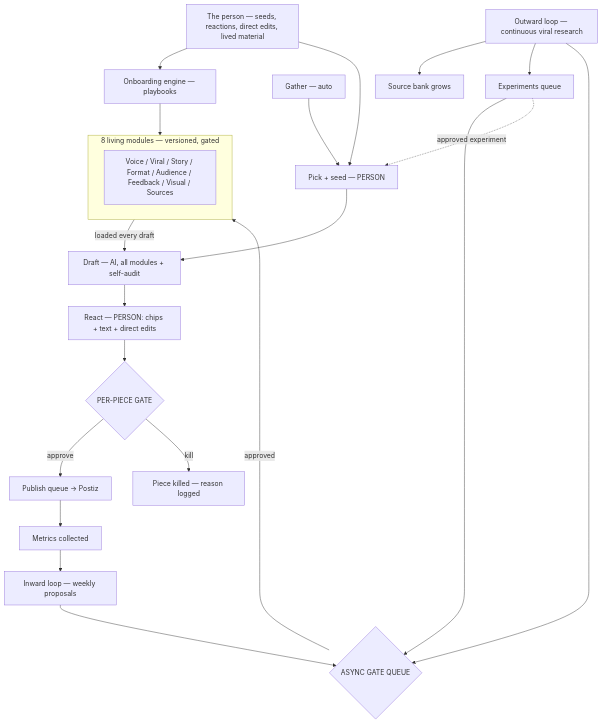
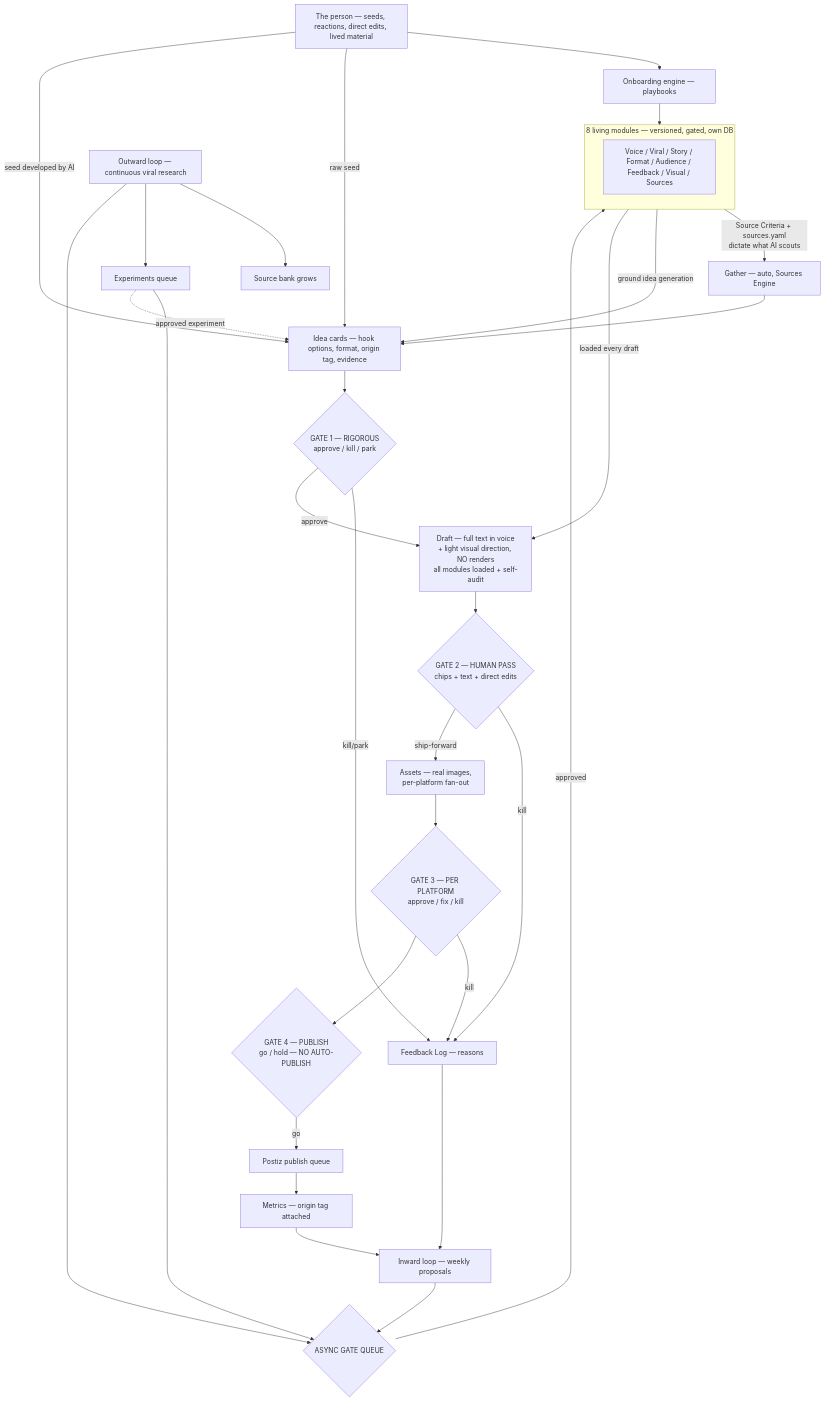
One commit to Daimondan/ViralFactory changed the diagram in docs/diagrams/README.md. Above: the diagram before and after it, drawn with Mermaid. The commit also changed other lines of this file and 13 other files, not shown here.

First line of the commit message:
Inbox batch 2026-07-02: file AMENDMENT-003 + establish inbox protocol + charter v3.2

````diff
--- a/docs/diagrams/README.md
+++ b/docs/diagrams/README.md
@@ -116,30 +144,40 @@
 ```mermaid
 flowchart TB
     HU[The person — seeds, reactions, direct edits, lived material]
     OE[Onboarding engine — playbooks]
     HU --> OE
     OE --> MODS
 
-    subgraph MODS[8 living modules — versioned, gated]
+    subgraph MODS[8 living modules — versioned, gated, own DB]
         M[Voice / Viral / Story / Format / Audience / Feedback / Visual / Sources]
     end
 
-    G[Gather — auto] --> PS[Pick + seed — PERSON]
-    HU --> PS
-    PS --> D[Draft — AI, all modules + self-audit]
+    MODS -->|Source Criteria + sources.yaml<br/>dictate what AI scouts| G
+    G[Gather — auto, Sources Engine] --> IDEAS
+    MODS -->|ground idea generation| IDEAS
+    HU -->|raw seed| IDEAS
+    HU -->|seed developed by AI| IDEAS
+    IDEAS[Idea cards — hook options, format, origin tag, evidence]
+    IDEAS --> GATE1{GATE 1 — RIGOROUS<br/>approve / kill / park}
+    GATE1 -->|kill/park| FB[Feedback Log — reasons]
+    GATE1 -->|approve| D[Draft — full text in voice<br/>+ light visual direction, NO renders<br/>all modules loaded + self-audit]
     MODS -->|loaded every draft| D
-    D --> R[React — PERSON: chips + text + direct edits]
-    R --> GATE1{PER-PIECE GATE}
-    GATE1 -->|approve| PU[Publish queue → Postiz]
-    GATE1 -->|kill| KILL[Piece killed — reason logged]
-    PU --> METRICS[Metrics collected]
+    D --> GATE2{GATE 2 — HUMAN PASS<br/>chips + text + direct edits}
+    GATE2 -->|kill| FB
+    GATE2 -->|ship-forward| A[Assets — real images,<br/>per-platform fan-out]
+    A --> GATE3{GATE 3 — PER PLATFORM<br/>approve / fix / kill}
+    GATE3 -->|kill| FB
+    GATE3 --> GATE4{GATE 4 — PUBLISH<br/>go / hold — NO AUTO-PUBLISH}
+    GATE4 -->|go| PU[Postiz publish queue]
+    PU --> METRICS[Metrics — origin tag attached]
     METRICS --> IL[Inward loop — weekly proposals]
+    FB --> IL
     OL[Outward loop — continuous viral research]
     OL --> SB[Source bank grows]
     OL --> XQ[Experiments queue]
-    IL --> GATE2{ASYNC GATE QUEUE}
-    OL --> GATE2
-    XQ --> GATE2
-    GATE2 -->|approved| MODS
-    XQ -.->|approved experiment| PS
+    IL --> QUEUE{ASYNC GATE QUEUE}
+    OL --> QUEUE
+    XQ --> QUEUE
+    QUEUE -->|approved| MODS
+    XQ -.->|approved experiment| IDEAS
 ```
````
